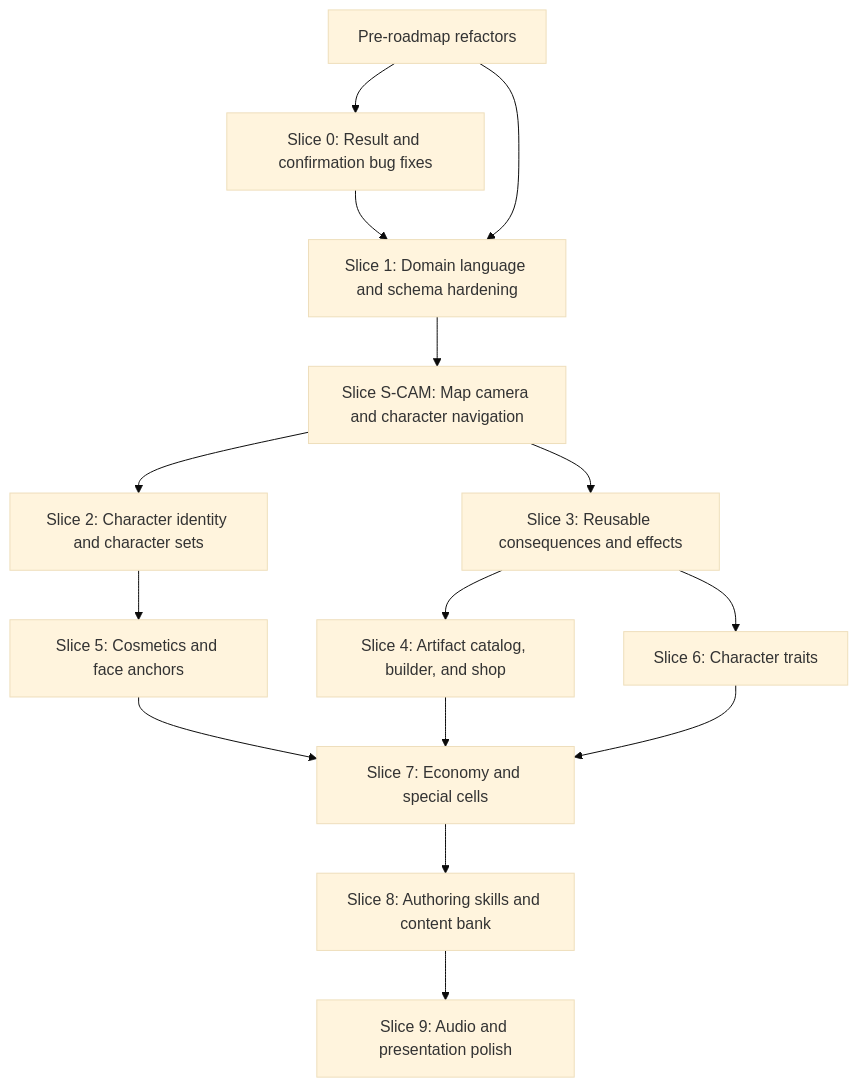
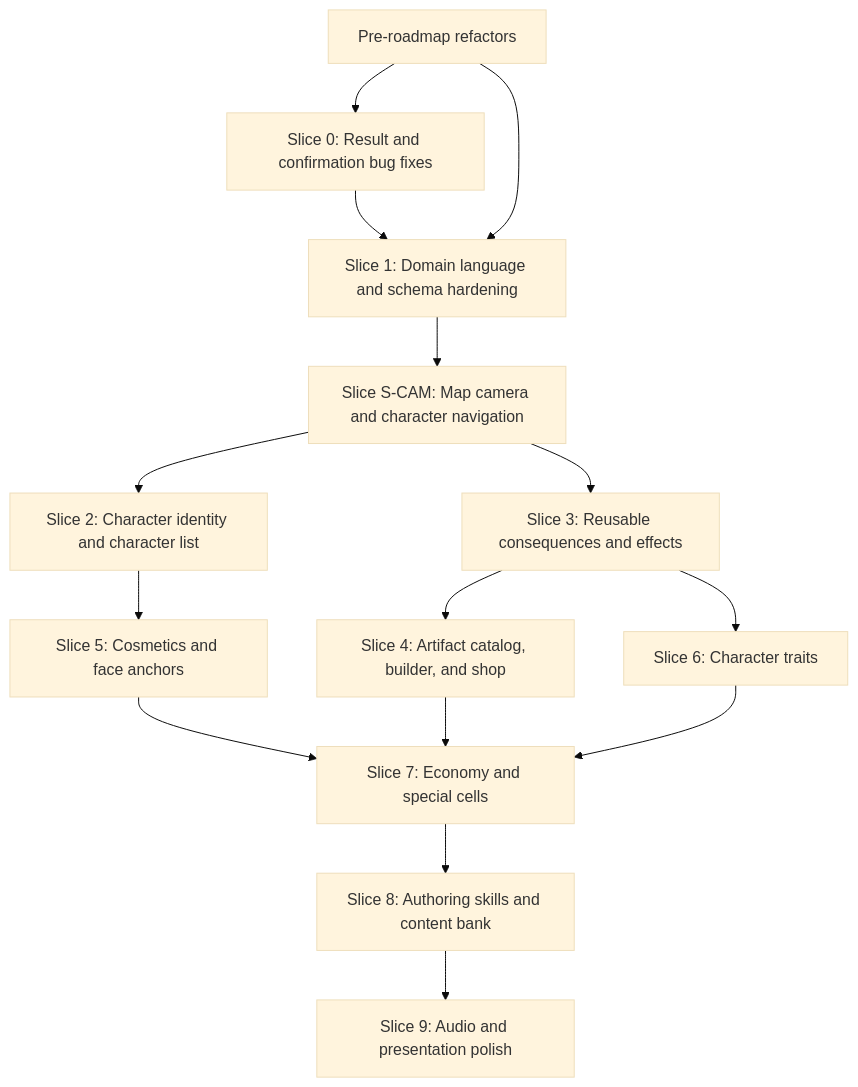
One commit to javspad/Essence changed the diagram in ROADMAP.md. Above: the diagram before and after it, drawn with Mermaid (base theme). The commit also changed other lines of this file, not shown here.

Commit message:
Clarify character builder roadmap and content model

````diff
--- a/ROADMAP.md
+++ b/ROADMAP.md
@@ -131,17 +131,17 @@
 ```mermaid
 flowchart TD
   R["Pre-roadmap refactors"] --> A["Slice 0: Result and confirmation bug fixes"]
   R --> B["Slice 1: Domain language and schema hardening"]
   A --> B
   B --> CAM["Slice S-CAM: Map camera and character navigation"]
-  CAM --> C["Slice 2: Character identity and character sets"]
+  CAM --> C["Slice 2: Character identity and character list"]
   CAM --> D["Slice 3: Reusable consequences and effects"]
   D --> E["Slice 4: Artifact catalog, builder, and shop"]
   C --> F["Slice 5: Cosmetics and face anchors"]
   D --> G["Slice 6: Character traits"]
   E --> H["Slice 7: Economy and special cells"]
   F --> H
   G --> H
   H --> I["Slice 8: Authoring skills and content bank"]
   I --> J["Slice 9: Audio and presentation polish"]
 ```
````
